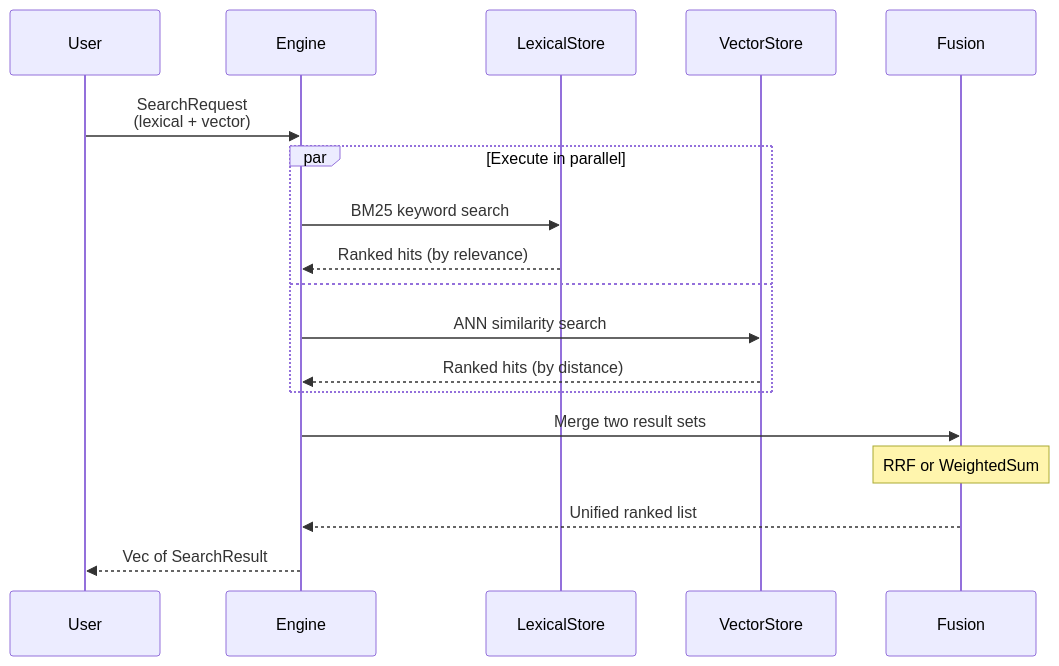
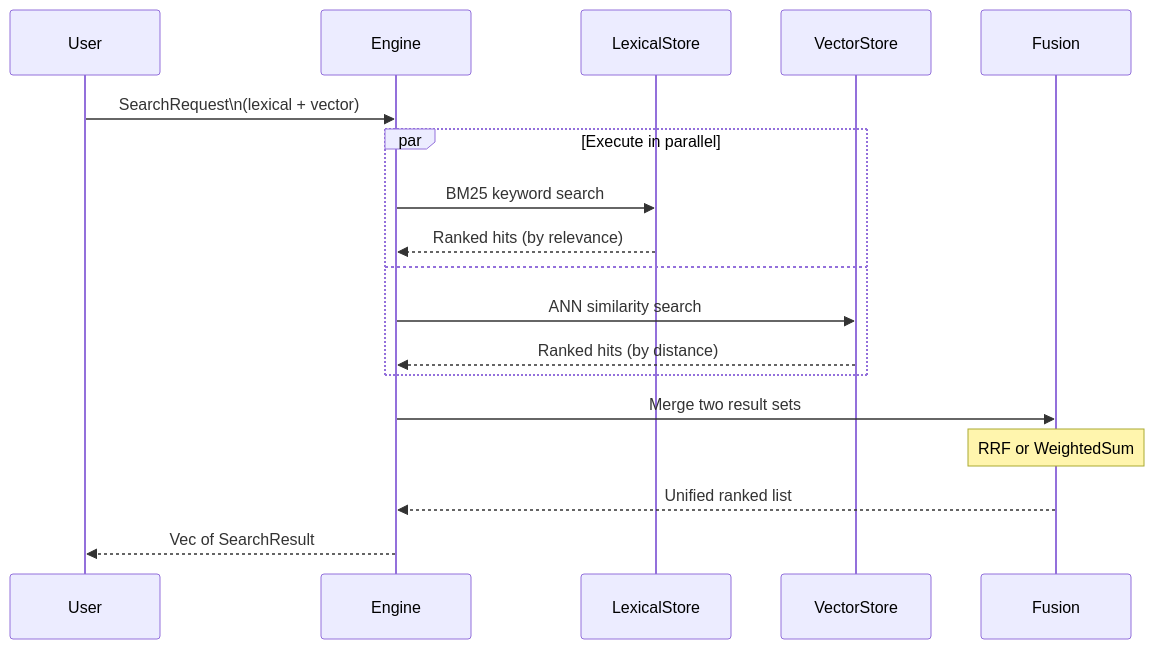
Before and after one commit to mosuka/iris: the diagram in docs/src/search/hybrid_search.md, drawn with Mermaid. The commit also changed 10 other files, not shown here.

Commit message:
Fix Mermaid diagrams

````diff
--- a/docs/src/search/hybrid_search.md
+++ b/docs/src/search/hybrid_search.md
@@ -15,23 +15,23 @@
-<div class="mermaid">
+```mermaid
 sequenceDiagram
     participant User
     participant Engine
     participant Lexical as LexicalStore
     participant Vector as VectorStore
     participant Fusion
 
-    User->>Engine: SearchRequest<br/>(lexical + vector)
+    User->>Engine: SearchRequest\n(lexical + vector)
 
     par Execute in parallel
         Engine->>Lexical: BM25 keyword search
         Lexical-->>Engine: Ranked hits (by relevance)
     and
         Engine->>Vector: ANN similarity search
         Vector-->>Engine: Ranked hits (by distance)
     end
 
     Engine->>Fusion: Merge two result sets
     Note over Fusion: RRF or WeightedSum
     Fusion-->>Engine: Unified ranked list
     Engine-->>User: Vec of SearchResult
-</div>
+```
````
